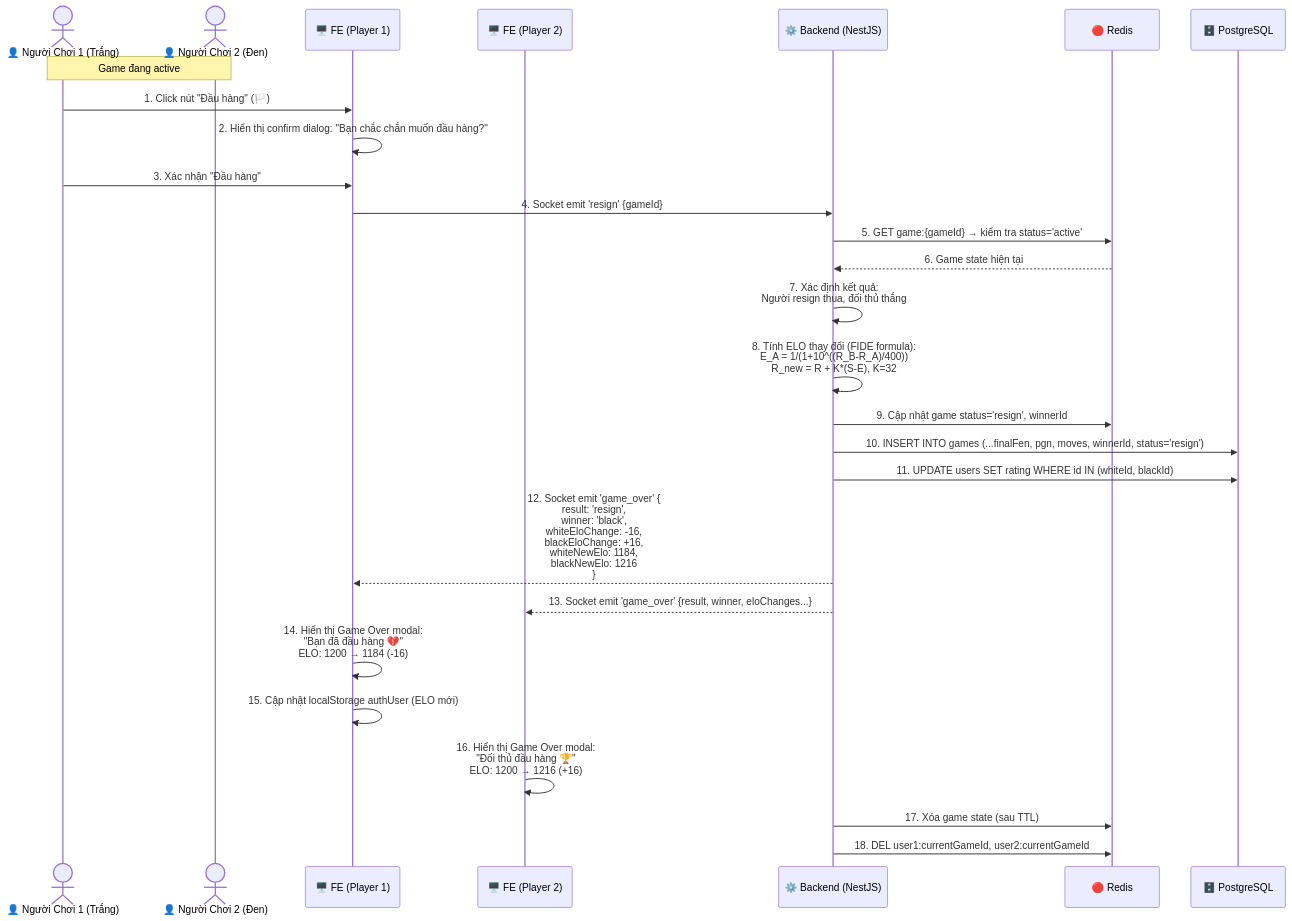
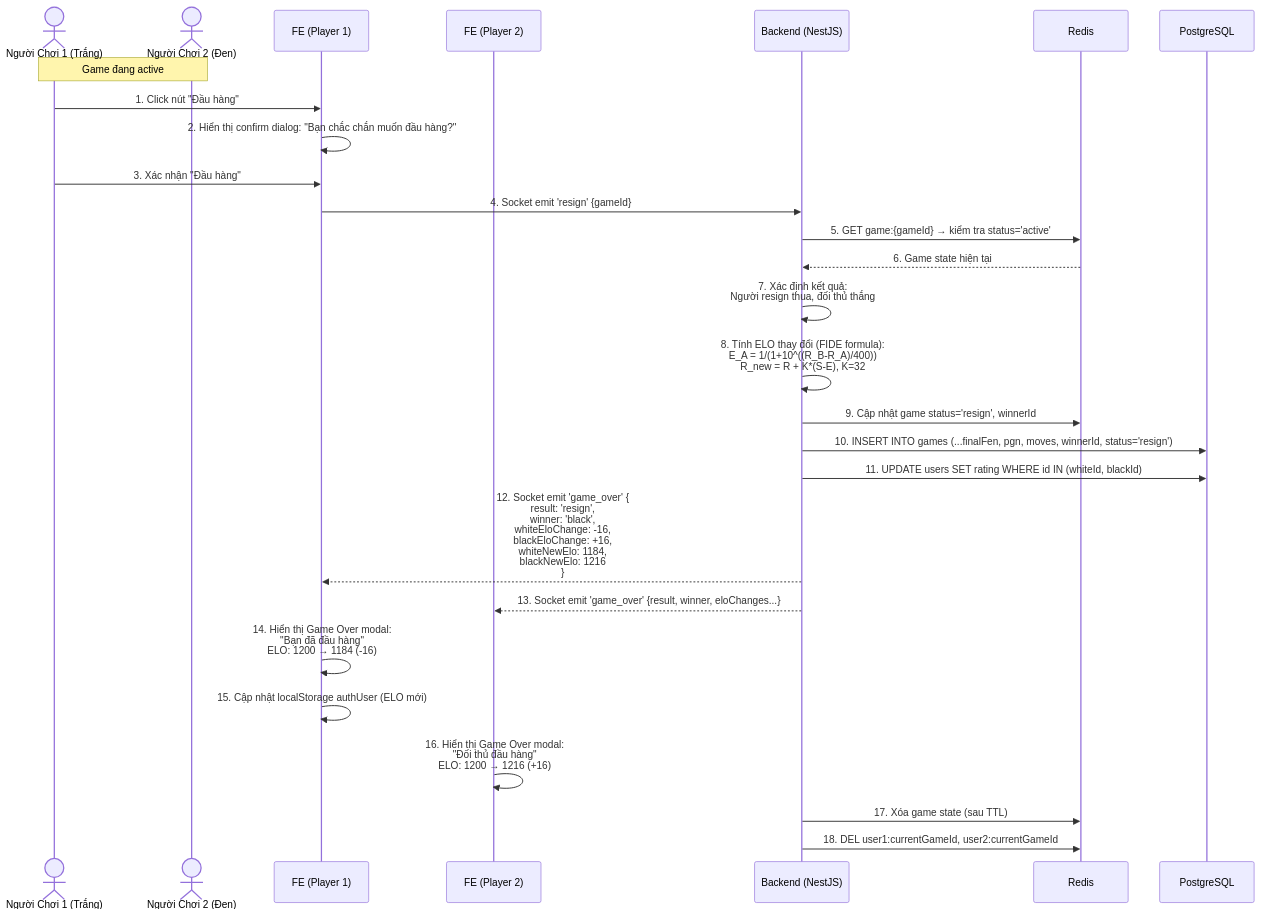
The sixth of 22 diagrams in docs/sequence-diagrams.md (legiabao0907/web-chess-real-time), drawn with Mermaid before and after one commit. The commit also changed other lines of this file, not shown here.

````diff
--- a/docs/sequence-diagrams.md
+++ b/docs/sequence-diagrams.md
@@ -279,39 +279,39 @@
 ```mermaid
 sequenceDiagram
-    actor P1 as 👤 Người Chơi 1 (Trắng)
-    actor P2 as 👤 Người Chơi 2 (Đen)
-    participant FE1 as 🖥️ FE (Player 1)
-    participant FE2 as 🖥️ FE (Player 2)
-    participant BE as ⚙️ Backend (NestJS)
-    participant Redis as 🔴 Redis
-    participant PG as 🗄️ PostgreSQL
+ actor P1 as Người Chơi 1 (Trắng)
+ actor P2 as Người Chơi 2 (Đen)
+ participant FE1 as FE (Player 1)
+ participant FE2 as FE (Player 2)
+ participant BE as Backend (NestJS)
+ participant Redis as Redis
+ participant PG as PostgreSQL
 
-    Note over P1, P2: Game đang active
+ Note over P1, P2: Game đang active
 
-    P1->>FE1: 1. Click nút "Đầu hàng" (🏳️)
-    FE1->>FE1: 2. Hiển thị confirm dialog: "Bạn chắc chắn muốn đầu hàng?"
-    P1->>FE1: 3. Xác nhận "Đầu hàng"
+ P1->>FE1: 1. Click nút "Đầu hàng"
+ FE1->>FE1: 2. Hiển thị confirm dialog: "Bạn chắc chắn muốn đầu hàng?"
+ P1->>FE1: 3. Xác nhận "Đầu hàng"
 
-    FE1->>BE: 4. Socket emit 'resign' {gameId}
+ FE1->>BE: 4. Socket emit 'resign' {gameId}
 
-    BE->>Redis: 5. GET game:{gameId} → kiểm tra status='active'
-    Redis-->>BE: 6. Game state hiện tại
+ BE->>Redis: 5. GET game:{gameId} → kiểm tra status='active'
+ Redis-->>BE: 6. Game state hiện tại
 
-    BE->>BE: 7. Xác định kết quả:<br/>Người resign thua, đối thủ thắng
-    BE->>BE: 8. Tính ELO thay đổi (FIDE formula):<br/>E_A = 1/(1+10^((R_B-R_A)/400))<br/>R_new = R + K*(S-E), K=32
+ BE->>BE: 7. Xác định kết quả:<br/>Người resign thua, đối thủ thắng
+ BE->>BE: 8. Tính ELO thay đổi (FIDE formula):<br/>E_A = 1/(1+10^((R_B-R_A)/400))<br/>R_new = R + K*(S-E), K=32
 
-    BE->>Redis: 9. Cập nhật game status='resign', winnerId
-    BE->>PG: 10. INSERT INTO games (...finalFen, pgn, moves, winnerId, status='resign')
-    BE->>PG: 11. UPDATE users SET rating WHERE id IN (whiteId, blackId)
+ BE->>Redis: 9. Cập nhật game status='resign', winnerId
+ BE->>PG: 10. INSERT INTO games (...finalFen, pgn, moves, winnerId, status='resign')
+ BE->>PG: 11. UPDATE users SET rating WHERE id IN (whiteId, blackId)
 
-    BE-->>FE1: 12. Socket emit 'game_over' {<br/>  result: 'resign',<br/>  winner: 'black',<br/>  whiteEloChange: -16,<br/>  blackEloChange: +16,<br/>  whiteNewElo: 1184,<br/>  blackNewElo: 1216<br/>}
-    BE-->>FE2: 13. Socket emit 'game_over' {result, winner, eloChanges...}
+ BE-->>FE1: 12. Socket emit 'game_over' {<br/> result: 'resign',<br/> winner: 'black',<br/> whiteEloChange: -16,<br/> blackEloChange: +16,<br/> whiteNewElo: 1184,<br/> blackNewElo: 1216<br/>}
+ BE-->>FE2: 13. Socket emit 'game_over' {result, winner, eloChanges...}
 
-    FE1->>FE1: 14. Hiển thị Game Over modal:<br/>"Bạn đã đầu hàng 💔"<br/>ELO: 1200 → 1184 (-16)
-    FE1->>FE1: 15. Cập nhật localStorage authUser (ELO mới)
+ FE1->>FE1: 14. Hiển thị Game Over modal:<br/>"Bạn đã đầu hàng"<br/>ELO: 1200 → 1184 (-16)
+ FE1->>FE1: 15. Cập nhật localStorage authUser (ELO mới)
 
-    FE2->>FE2: 16. Hiển thị Game Over modal:<br/>"Đối thủ đầu hàng 🏆"<br/>ELO: 1200 → 1216 (+16)
+ FE2->>FE2: 16. Hiển thị Game Over modal:<br/>"Đối thủ đầu hàng"<br/>ELO: 1200 → 1216 (+16)
 
-    BE->>Redis: 17. Xóa game state (sau TTL)
-    BE->>Redis: 18. DEL user1:currentGameId, user2:currentGameId
+ BE->>Redis: 17. Xóa game state (sau TTL)
+ BE->>Redis: 18. DEL user1:currentGameId, user2:currentGameId
 ```
````
